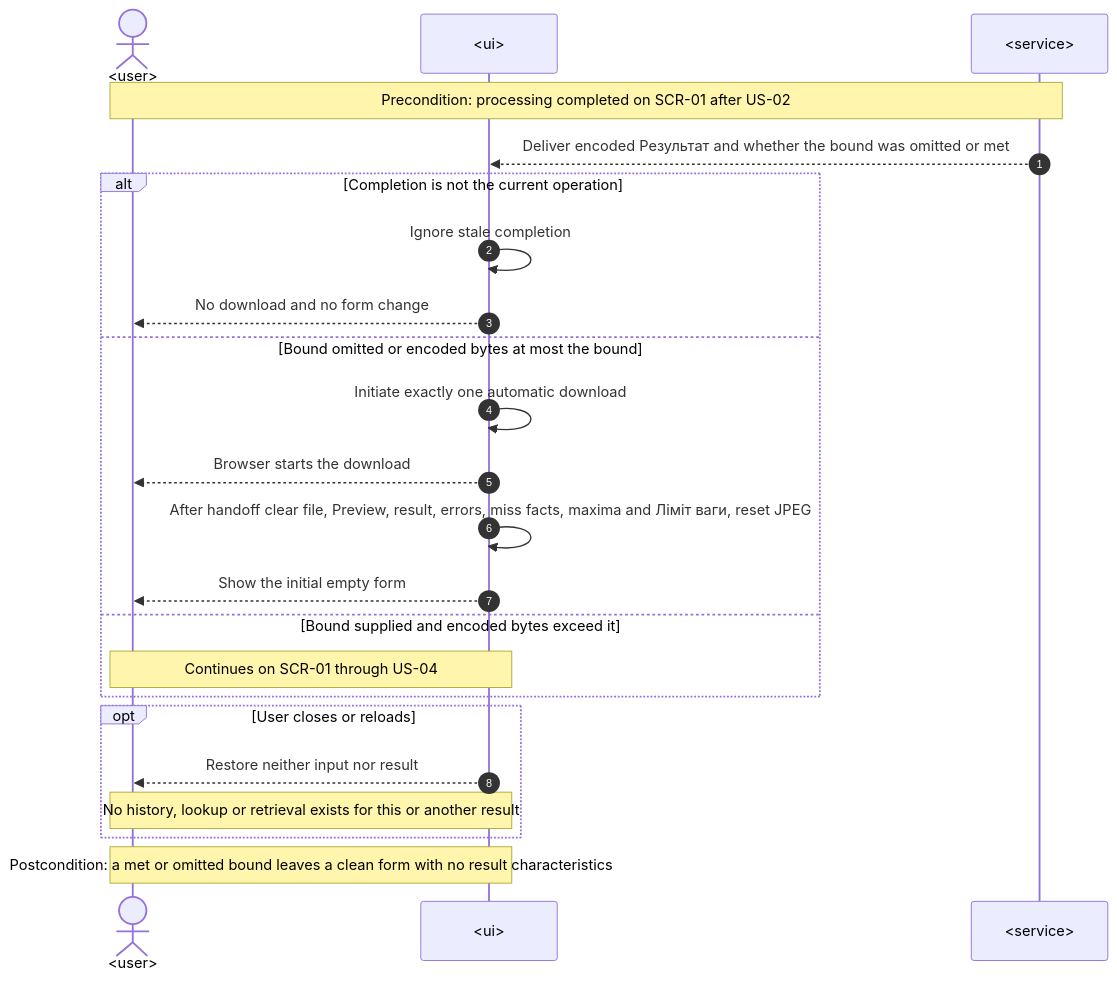
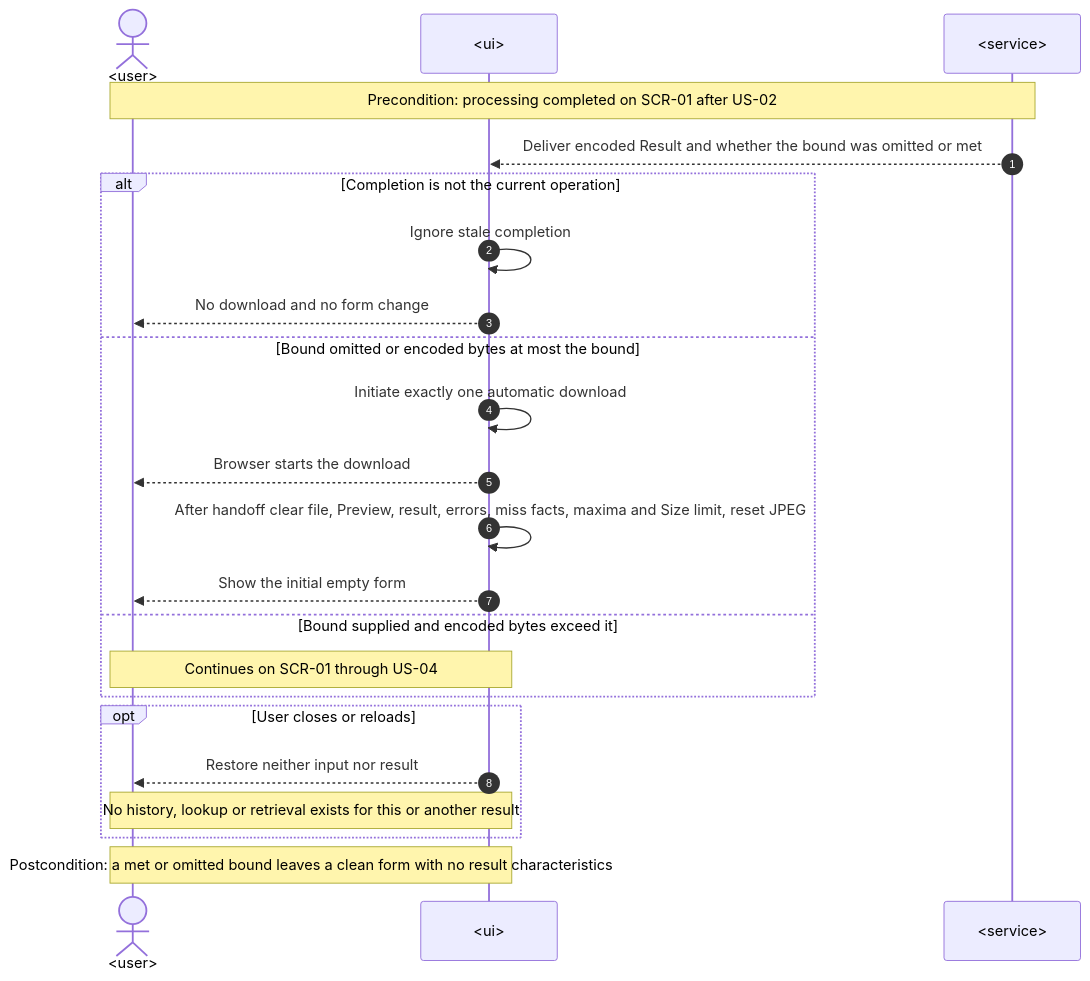
The sixth of 8 diagrams in docs/features/image-size-limit/sad.md (shved270189/image_compressor), drawn with Mermaid before and after one commit. The commit also changed other lines of this file and 46 other files, not shown here.

````diff
--- a/docs/features/image-size-limit/sad.md
+++ b/docs/features/image-size-limit/sad.md
@@ -219,26 +219,26 @@
 ```mermaid
 sequenceDiagram
     autonumber
     actor U as <user>
     participant UI as <ui>
     participant S as <service>
 
     Note over U,S: Precondition: processing completed on SCR-01 after US-02
-    S-->>UI: Deliver encoded Результат and whether the bound was omitted or met
+    S-->>UI: Deliver encoded Result and whether the bound was omitted or met
     alt Completion is not the current operation
         UI->>UI: Ignore stale completion
         UI-->>U: No download and no form change
     else Bound omitted or encoded bytes at most the bound
         UI->>UI: Initiate exactly one automatic download
         UI-->>U: Browser starts the download
-        UI->>UI: After handoff clear file, Preview, result, errors, miss facts, maxima and Ліміт ваги, reset JPEG
+        UI->>UI: After handoff clear file, Preview, result, errors, miss facts, maxima and Size limit, reset JPEG
         UI-->>U: Show the initial empty form
     else Bound supplied and encoded bytes exceed it
         Note over U,UI: Continues on SCR-01 through US-04
     end
     opt User closes or reloads
         UI-->>U: Restore neither input nor result
         Note over U,UI: No history, lookup or retrieval exists for this or another result
     end
     Note over U,UI: Postcondition: a met or omitted bound leaves a clean form with no result characteristics
 ```
````
